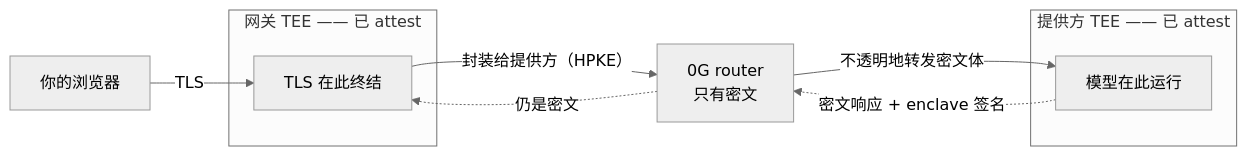
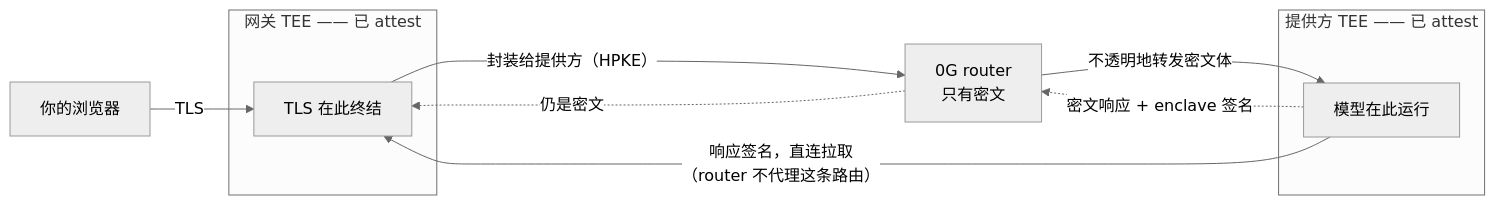
Before and after one commit to 0gfoundation/0g-pc-e2ee: the diagram in docs/why-this-is-private.zh-CN.md, drawn with Mermaid (neutral theme). The commit also changed other lines of this file and 1 other file, not shown here.

````diff
--- a/docs/why-this-is-private.zh-CN.md
+++ b/docs/why-this-is-private.zh-CN.md
@@ -45,20 +44,21 @@
 ```mermaid
 flowchart LR
     APP["你的浏览器"]
 
     subgraph GW["网关 TEE —— 已 attest"]
         G["TLS 在此终结"]
     end
 
     R["0G router<br/>只有密文"]
 
     subgraph PROV["提供方 TEE —— 已 attest"]
         P["模型在此运行"]
     end
 
     APP -->|"TLS"| G
     G -->|"封装给提供方（HPKE）"| R
     R -->|"不透明地转发密文体"| P
     P -.->|"密文响应 + enclave 签名"| R
     R -.->|"仍是密文"| G
+    P ---->|"响应签名，直连拉取<br/>（router 不代理这条路由）"| G
 ```
````
